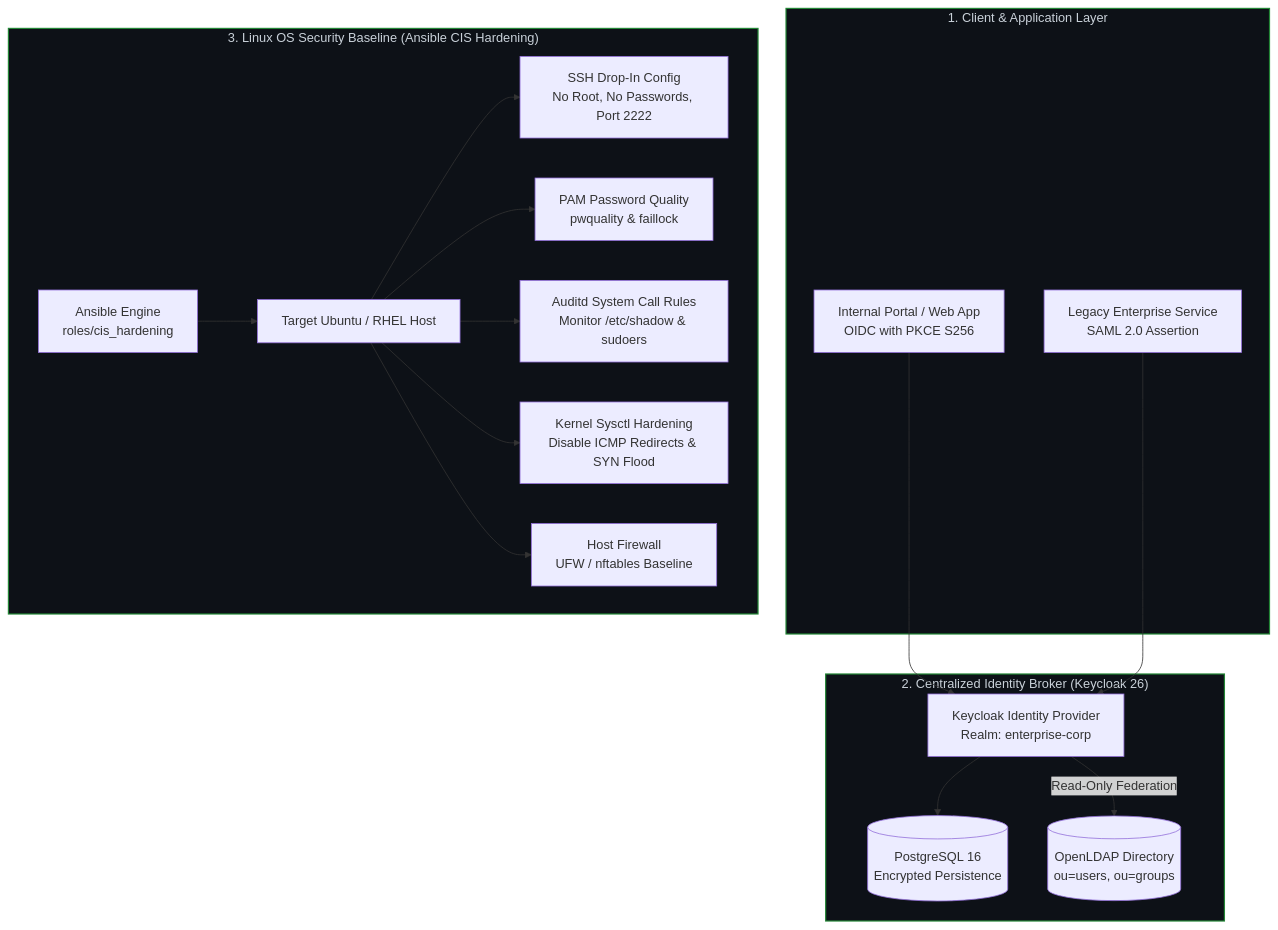
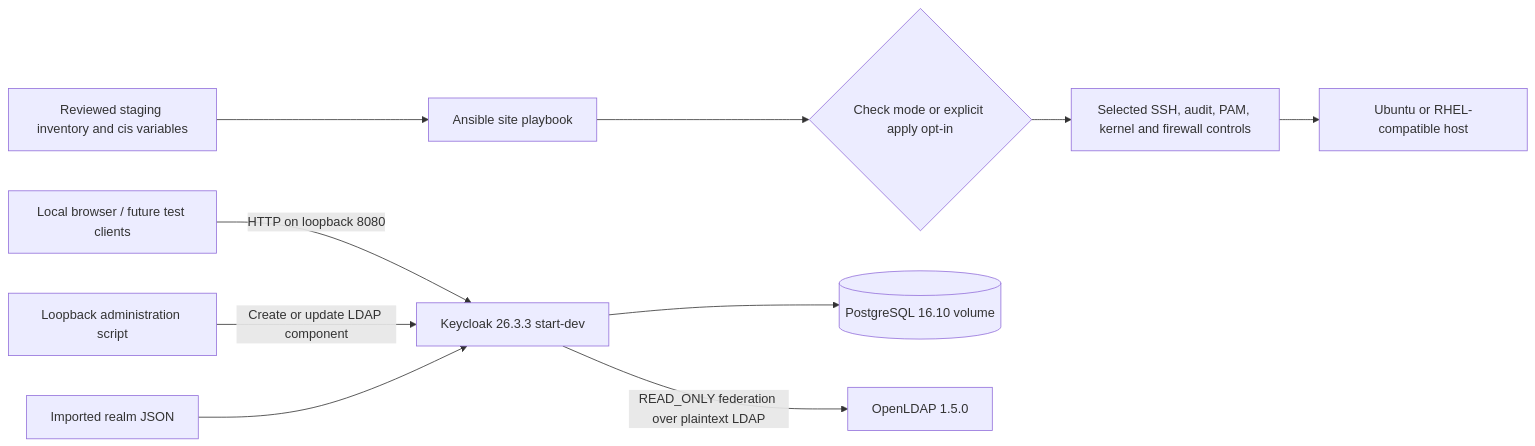
Before and after one commit to huy8114644/linux-hardening-identity-stack: the first of 2 diagrams in README.md, drawn with Mermaid. The commit also changed other lines of this file and 1 other file, not shown here.

Commit message:
docs(portfolio): enhance architecture diagram, makefile targets, and identity documentation

````diff
--- a/README.md
+++ b/README.md
@@ -26,25 +9,12 @@
 ```mermaid
-flowchart TD
-    subgraph Clients ["1. Client & Application Layer"]
-        App1[Internal Portal / Web App<br/>OIDC with PKCE S256]
-        App2[Legacy Enterprise Service<br/>SAML 2.0 Assertion]
-    end
-
-    subgraph Identity ["2. Centralized Identity Broker (Keycloak 26)"]
-        App1 & App2 --> KC[Keycloak Identity Provider<br/>Realm: enterprise-corp]
-        KC --> PG[(PostgreSQL 16<br/>Encrypted Persistence)]
-        KC -->|Read-Only Federation| LDAP[(OpenLDAP Directory<br/>ou=users, ou=groups)]
-    end
-
-    subgraph OS ["3. Linux OS Security Baseline (Ansible CIS Hardening)"]
-        Ansible[Ansible Engine<br/>roles/cis_hardening] --> TargetNode[Target Ubuntu / RHEL Host]
-        TargetNode --> SSH[SSH Drop-In Config<br/>No Root, No Passwords, Port 2222]
-        TargetNode --> PAM[PAM Password Quality<br/>pwquality & faillock]
-        TargetNode --> Audit[Auditd System Call Rules<br/>Monitor /etc/shadow & sudoers]
-        TargetNode --> Kernel[Kernel Sysctl Hardening<br/>Disable ICMP Redirects & SYN Flood]
-        TargetNode --> FW[Host Firewall<br/>UFW / nftables Baseline]
-    end
-
-    classDef dark fill:#0d1117,stroke:#238636,stroke-width:1.5px,color:#c9d1d9;
-    class Clients,Identity,OS dark;
+flowchart LR
+    Inventory[Reviewed staging inventory and cis variables] --> Playbook[Ansible site playbook]
+    Playbook --> Guard{Check mode or explicit apply opt-in}
+    Guard --> Role[Selected SSH, audit, PAM, kernel and firewall controls]
+    Role --> Host[Ubuntu or RHEL-compatible host]
+    Browser[Local browser / future test clients] -->|HTTP on loopback 8080| KC[Keycloak 26.3.3 start-dev]
+    KC --> PG[(PostgreSQL 16.10 volume)]
+    KC -->|READ_ONLY federation over plaintext LDAP| LDAP[OpenLDAP 1.5.0]
+    Reconcile[Loopback administration script] -->|Create or update LDAP component| KC
+    Realm[Imported realm JSON] --> KC
 ```
````
